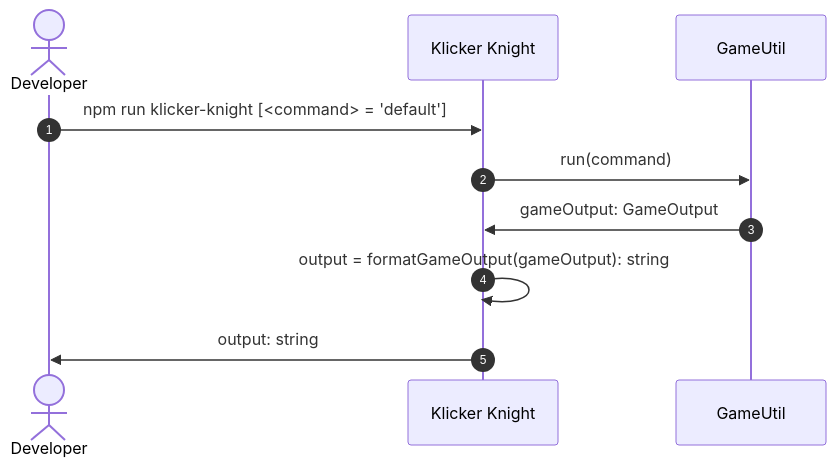
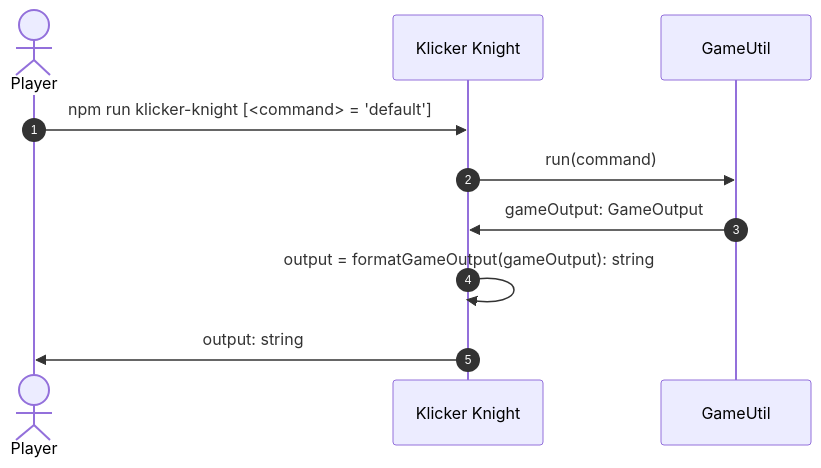
The diagram in docs/architecture/klickerKnight.md (normal-devs/klicker-knight), drawn with Mermaid before and after one commit.

Commit message:
Rename klicker-knight actor to Player

````diff
--- a/docs/architecture/klickerKnight.md
+++ b/docs/architecture/klickerKnight.md
@@ -8,13 +8,13 @@
 ```mermaid
 sequenceDiagram
   autonumber
-  actor D as Developer
+  actor P as Player
   participant K as Klicker Knight
   participant G as GameUtil
 
-  D ->> K: npm run klicker-knight [<command> = 'default']
+  P ->> K: npm run klicker-knight [<command> = 'default']
   K ->> G: run(command);
   G ->> K: gameOutput: GameOutput
   K ->> K: output = formatGameOutput(gameOutput): string;
-  K ->> D: output: string
+  K ->> P: output: string
 ```
````
